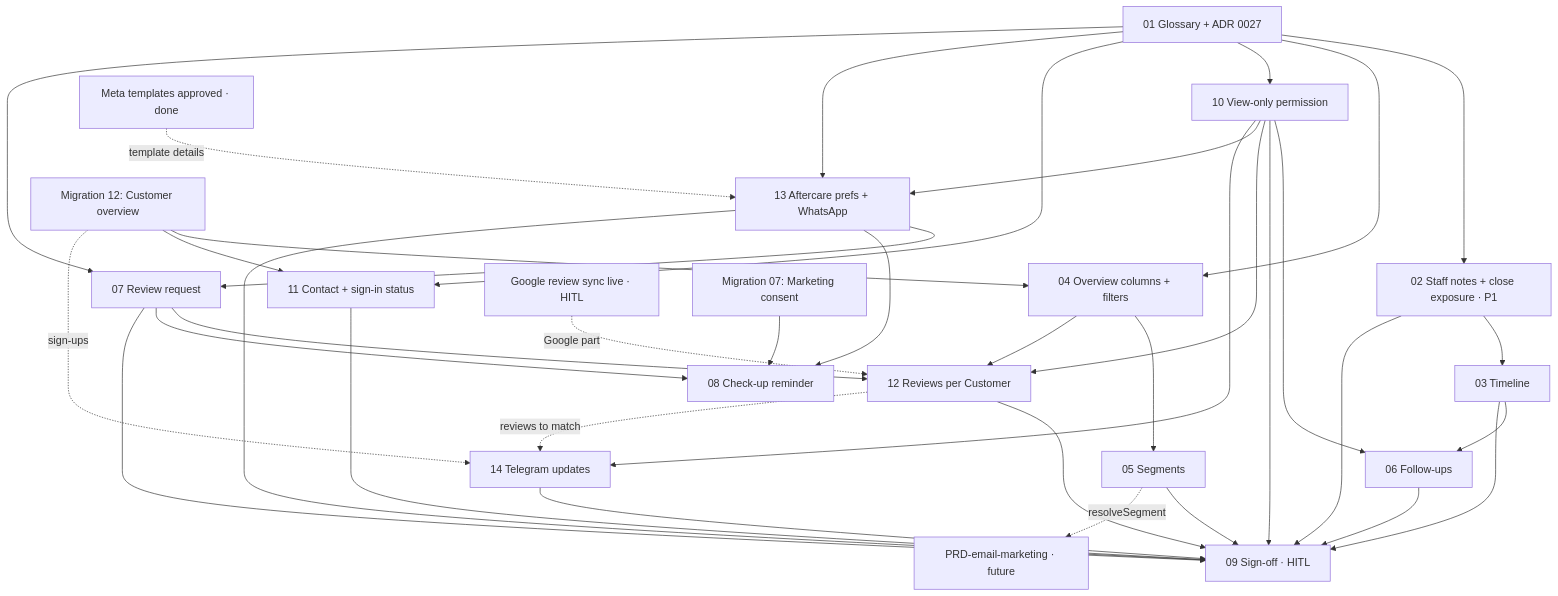
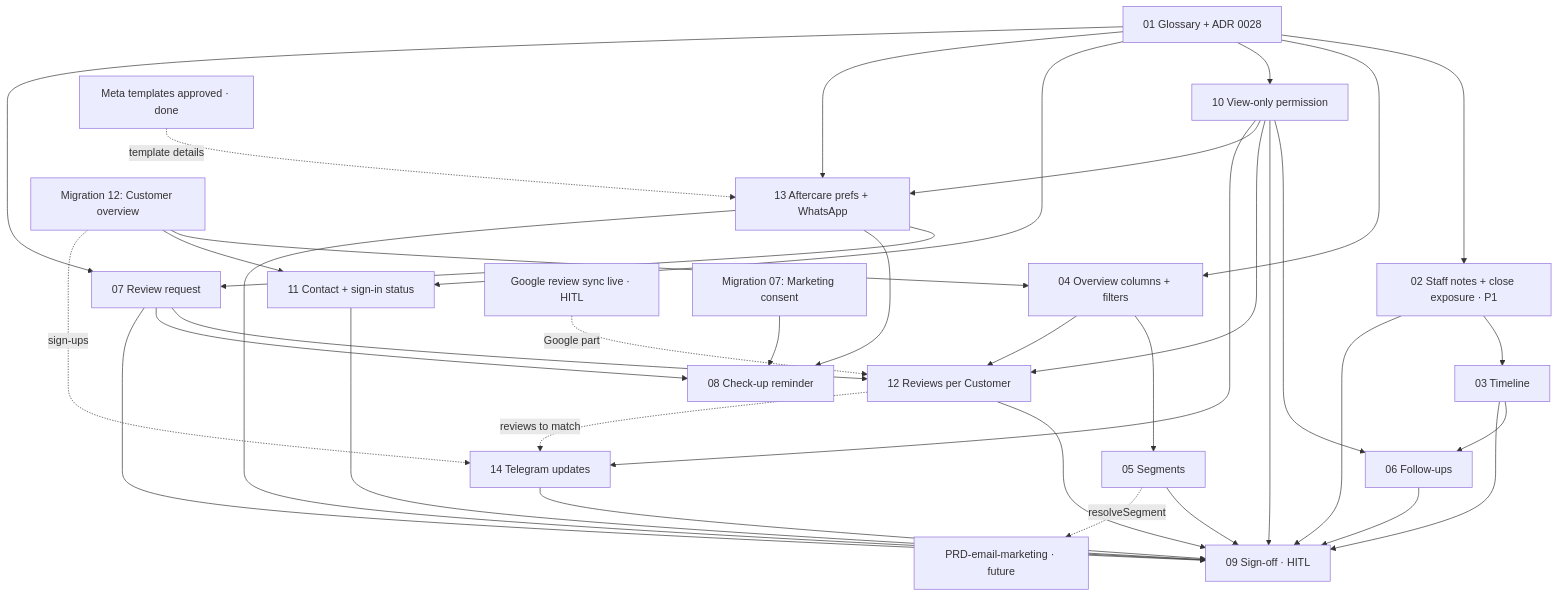
The diagram in .claude/PRD-customer-crm/issues/README.md (ivanyeors/mp), drawn with Mermaid before and after one commit. The commit also changed other lines of this file and 130 other files, not shown here.

````diff
--- a/.claude/PRD-customer-crm/issues/README.md
+++ b/.claude/PRD-customer-crm/issues/README.md
@@ -34,59 +34,59 @@
 ```mermaid
 graph TD
-  s01[01 Glossary + ADR 0027]
+  s01[01 Glossary + ADR 0028]
   s02[02 Staff notes + close exposure · P1]
   s03[03 Timeline]
   s04[04 Overview columns + filters]
   s05[05 Segments]
   s06[06 Follow-ups]
   s07[07 Review request]
   s08[08 Check-up reminder]
   s09[09 Sign-off · HITL]
   s10[10 View-only permission]
   s11[11 Contact + sign-in status]
   s12[12 Reviews per Customer]
   gr[Google review sync live · HITL]
   s13[13 Aftercare prefs + WhatsApp]
   s14[14 Telegram updates]
   meta[Meta templates approved · done]
   m12[Migration 12: Customer overview]
   em[PRD-email-marketing · future]
 
   s01 --> s02
   s02 --> s03
   s01 --> s04
   m12 --> s04
   m07[Migration 07: Marketing consent]
   m07 --> s08
   s04 --> s05
   s03 --> s06
   s01 --> s10
   s10 --> s06
   s01 --> s11
   m12 --> s11
   s10 --> s09
   s11 --> s09
   s04 --> s12
   s07 --> s12
   s10 --> s12
   gr -. Google part .-> s12
   s12 --> s09
   s01 --> s13
   s10 --> s13
   s13 --> s07
   s13 --> s08
   meta -. template details .-> s13
   s10 --> s14
   s12 -. reviews to match .-> s14
   m12 -. sign-ups .-> s14
   s13 --> s09
   s14 --> s09
   s01 --> s07
   s07 --> s08
   s02 --> s09
   s03 --> s09
   s05 --> s09
   s06 --> s09
   s07 --> s09
   s05 -. resolveSegment .-> em
 ```
````
